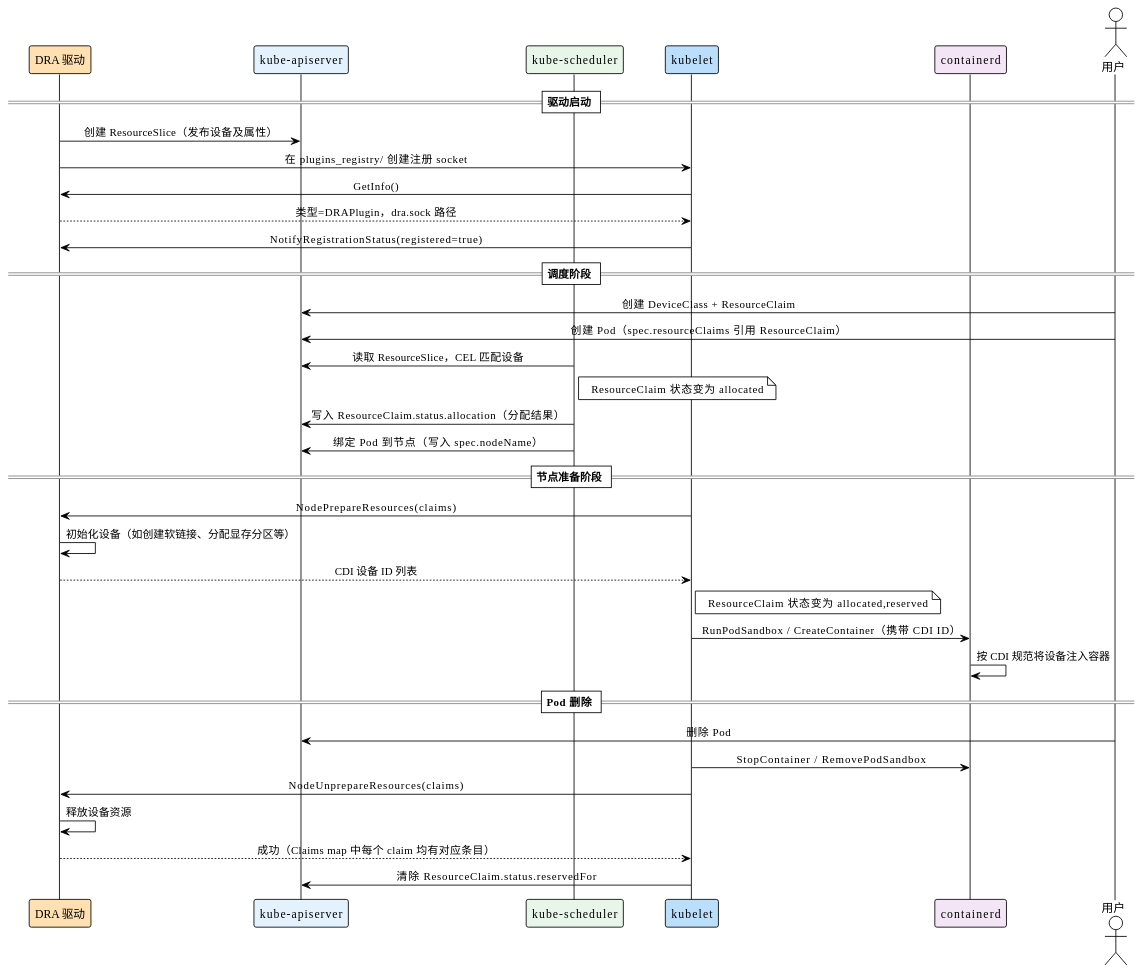
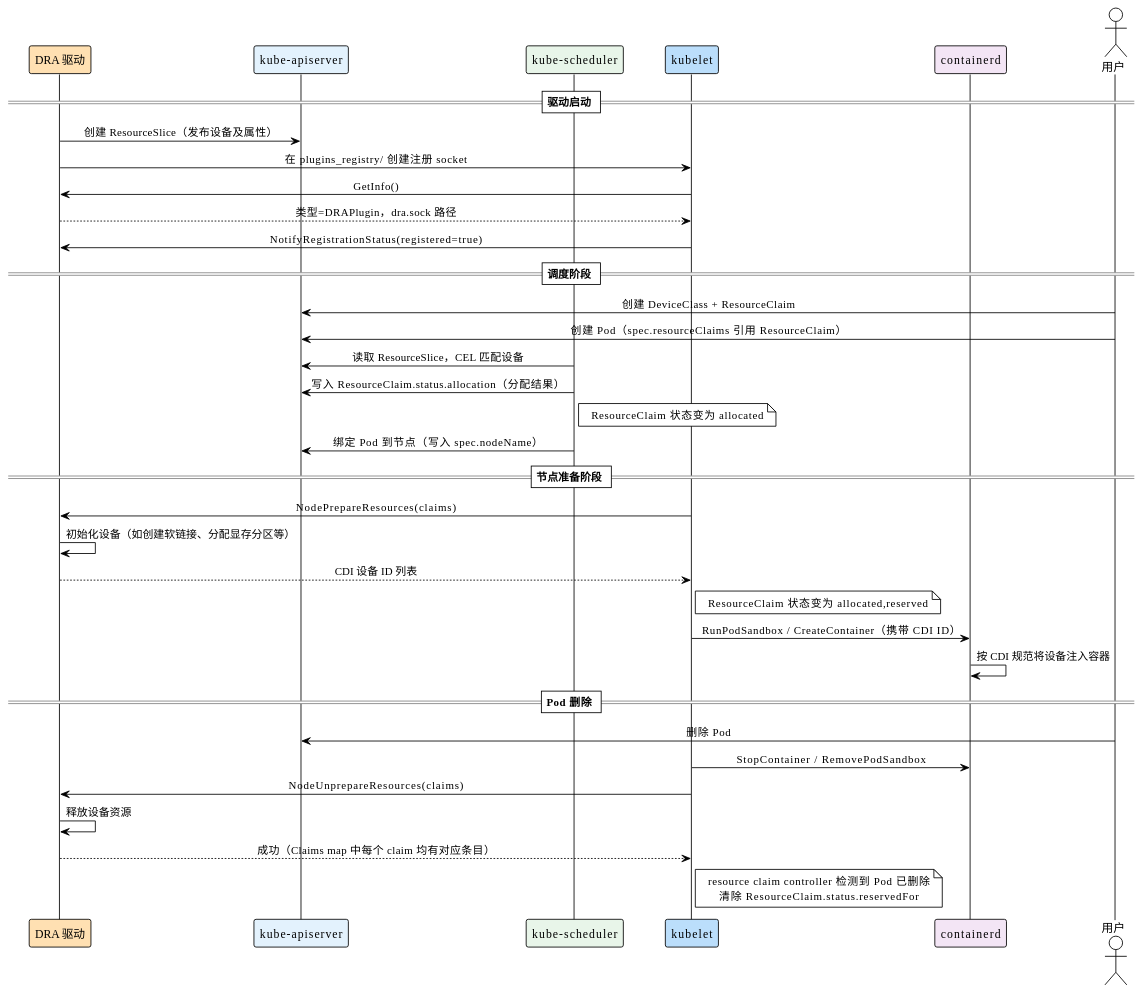
The diagram in content/extensions/dra.md (togettoyou/kubernetes-src-notes), drawn with PlantUML before and after one commit. The commit also changed other lines of this file, not shown here.

Commit message:
0420更新

````diff
--- a/content/extensions/dra.md
+++ b/content/extensions/dra.md
@@ -152,47 +152,47 @@
 ```plantuml
 @startuml
 !theme plain
 skinparam sequenceMessageAlign center
 skinparam responseMessageBelowArrow true
 skinparam defaultTextAlignment center
 skinparam ParticipantPadding 20
 
 participant "DRA 驱动" as drv #FFE0B2
 participant "kube-apiserver" as api #E3F2FD
 participant "kube-scheduler" as sch #E8F5E9
 participant "kubelet" as k #BBDEFB
 participant "containerd" as cri #F3E5F5
 actor "用户" as user
 
 == 驱动启动 ==
 drv -> api : 创建 ResourceSlice（发布设备及属性）
 drv -> k : 在 plugins_registry/ 创建注册 socket
 k -> drv : GetInfo()
 drv --> k : 类型=DRAPlugin，dra.sock 路径
 k -> drv : NotifyRegistrationStatus(registered=true)
 
 == 调度阶段 ==
 user -> api : 创建 DeviceClass + ResourceClaim
 user -> api : 创建 Pod（spec.resourceClaims 引用 ResourceClaim）
 sch -> api : 读取 ResourceSlice，CEL 匹配设备
+sch -> api : 写入 ResourceClaim.status.allocation（分配结果）
 note right of sch : ResourceClaim 状态变为 allocated
-sch -> api : 写入 ResourceClaim.status.allocation（分配结果）
 sch -> api : 绑定 Pod 到节点（写入 spec.nodeName）
 
 == 节点准备阶段 ==
 k -> drv : NodePrepareResources(claims)
 drv -> drv : 初始化设备（如创建软链接、分配显存分区等）
 drv --> k : CDI 设备 ID 列表
 note right of k : ResourceClaim 状态变为 allocated,reserved
 k -> cri : RunPodSandbox / CreateContainer（携带 CDI ID）
 cri -> cri : 按 CDI 规范将设备注入容器
 
 == Pod 删除 ==
 user -> api : 删除 Pod
 k -> cri : StopContainer / RemovePodSandbox
 k -> drv : NodeUnprepareResources(claims)
 drv -> drv : 释放设备资源
 drv --> k : 成功（Claims map 中每个 claim 均有对应条目）
-k -> api : 清除 ResourceClaim.status.reservedFor
+note right of k : resource claim controller 检测到 Pod 已删除\n清除 ResourceClaim.status.reservedFor
 @enduml
 ```
````
